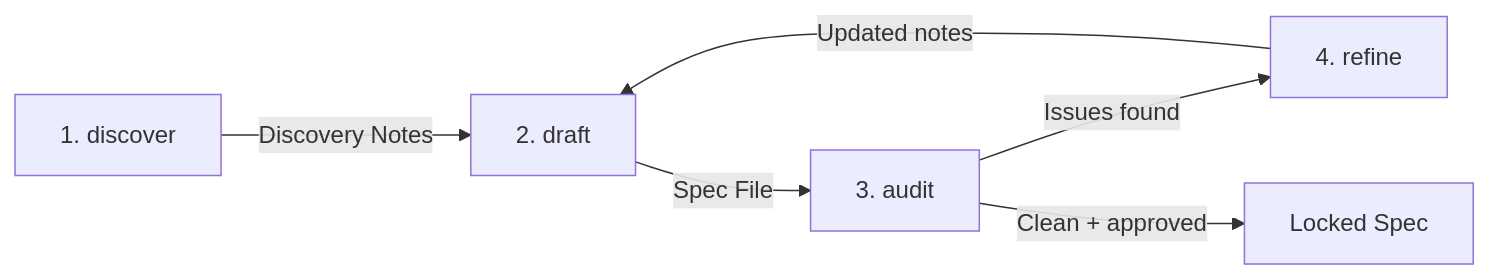
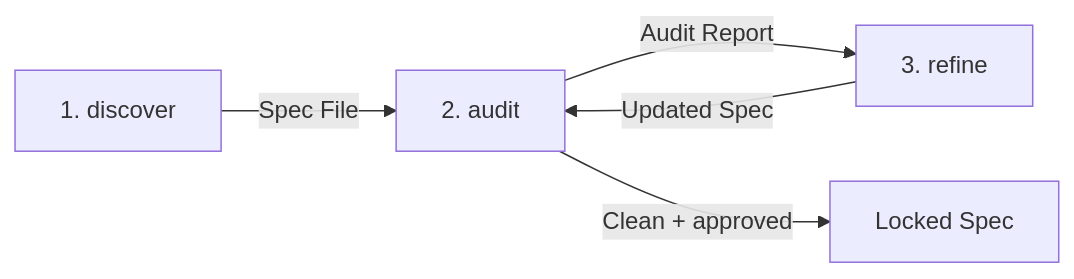
One commit to awhipp/spec-first-protocol changed the diagram in README.md. Above: the diagram before and after it, drawn with Mermaid. The commit also changed other lines of this file and 7 other files, not shown here.

First line of the commit message:
refactor: streamline protocol into 3-skill chain with draft state and multi-spec support

````diff
--- a/README.md
+++ b/README.md
@@ -74,8 +74,7 @@
 ```mermaid
 flowchart LR
-    A["1. discover"] -->|"Discovery Notes"| B["2. draft"]
-    B -->|"Spec File"| C["3. audit"]
-    C -->|"Issues found"| D["4. refine"]
-    D -->|"Updated notes"| B
-    C -->|"Clean + approved"| E["Locked Spec"]
+    A["1. discover"] -->|"Spec File"| B["2. audit"]
+    B -->|"Audit Report"| C["3. refine"]
+    C -->|"Updated Spec"| B
+    B -->|"Clean + approved"| D["Locked Spec"]
 ```
````
